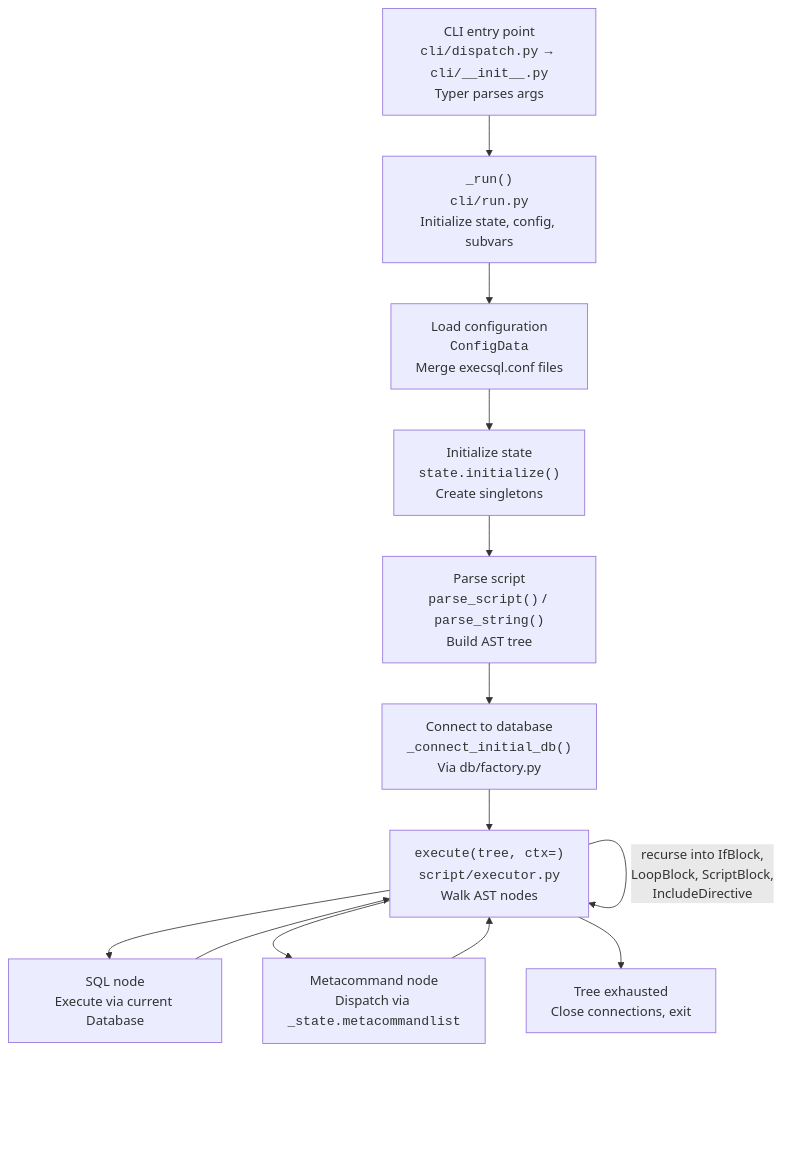
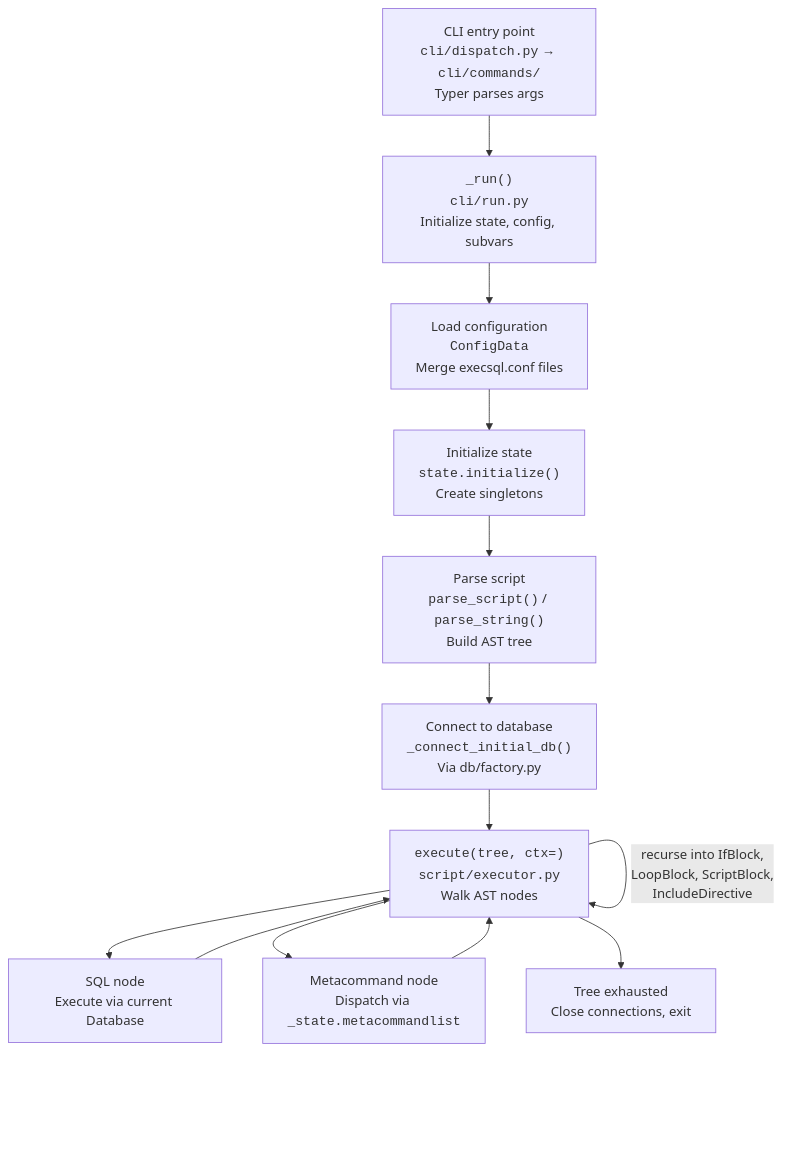
Before and after one commit to geocoug/execsql: the first of 2 diagrams in docs/dev/architecture.md, drawn with Mermaid. The commit also changed 11 other files, not shown here.

````diff
--- a/docs/dev/architecture.md
+++ b/docs/dev/architecture.md
@@ -11,26 +11,26 @@
 ```mermaid
 flowchart TD
-    CLI["CLI entry point<br/><code>cli/dispatch.py</code> → <code>cli/__init__.py</code><br/>Typer parses args"]
+    CLI["CLI entry point<br/><code>cli/dispatch.py</code> → <code>cli/commands/</code><br/>Typer parses args"]
     RUN["<code>_run()</code><br/><code>cli/run.py</code><br/>Initialize state, config, subvars"]
     CONF["Load configuration<br/><code>ConfigData</code><br/>Merge execsql.conf files"]
     INIT["Initialize state<br/><code>state.initialize()</code><br/>Create singletons"]
     PARSE["Parse script<br/><code>parse_script()</code> / <code>parse_string()</code><br/>Build AST tree"]
     CONNECT["Connect to database<br/><code>_connect_initial_db()</code><br/>Via db/factory.py"]
     EXEC["<code>execute(tree, ctx=)</code><br/><code>script/executor.py</code><br/>Walk AST nodes"]
     SQL["SQL node<br/>Execute via current Database"]
     META["Metacommand node<br/>Dispatch via <code>_state.metacommandlist</code>"]
     DONE["Tree exhausted<br/>Close connections, exit"]
 
     CLI --> RUN
     RUN --> CONF
     CONF --> INIT
     INIT --> PARSE
     PARSE --> CONNECT
     CONNECT --> EXEC
     EXEC --> SQL
     EXEC --> META
     EXEC -->|"recurse into IfBlock,<br/>LoopBlock, ScriptBlock,<br/>IncludeDirective"| EXEC
     SQL --> EXEC
     META --> EXEC
     EXEC --> DONE
 ```
````
